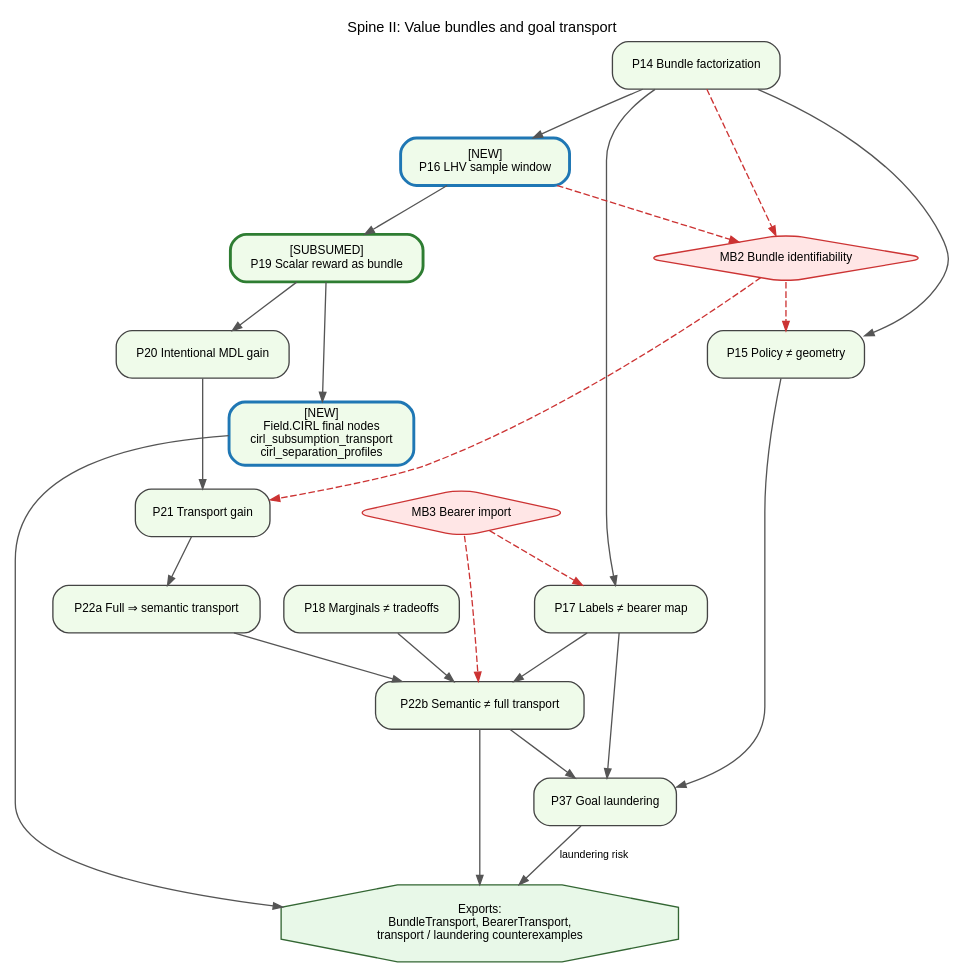
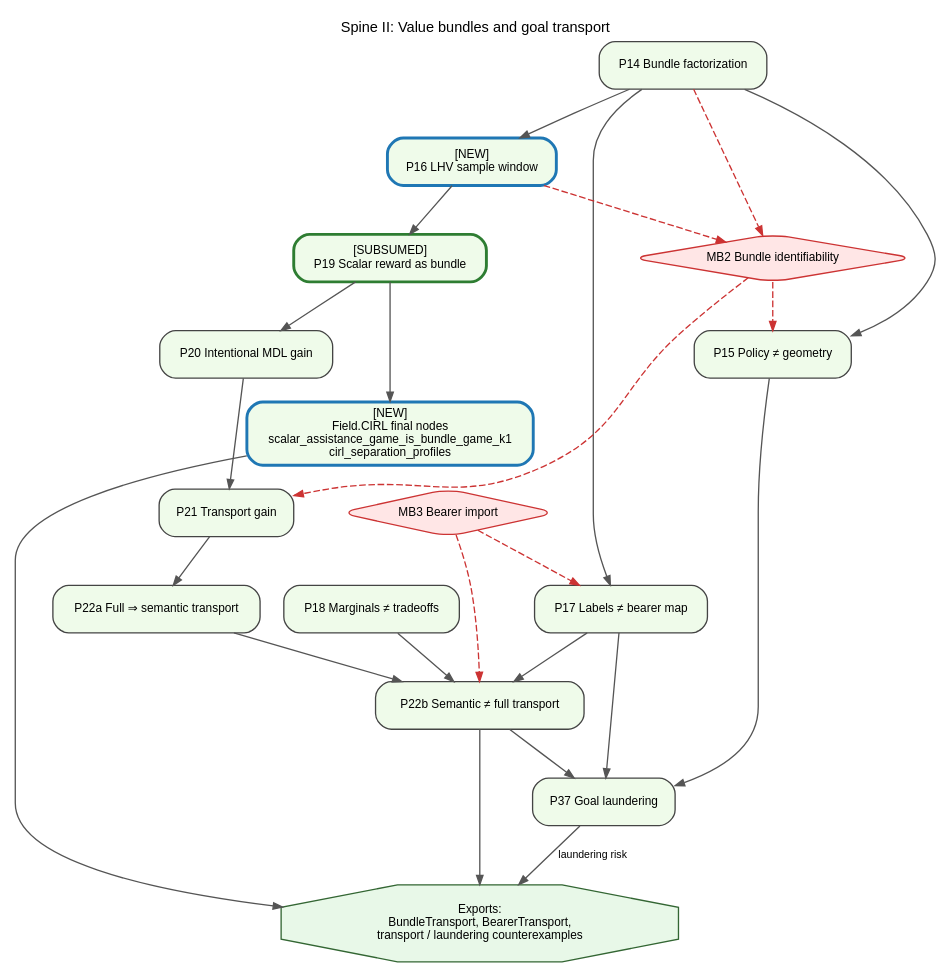
Before and after one commit to GunnarZarncke/towards-asi-alignment: the diagram in context/lean_proof_graphs/02-value-transport.dot, drawn with Graphviz. The commit also changed 29 other files, not shown here.

```diff
--- a/context/lean_proof_graphs/02-value-transport.dot
+++ b/context/lean_proof_graphs/02-value-transport.dot
@@ -1,55 +1,55 @@
 digraph Spine02ValueTransport {
   graph [
     rankdir=TB,
     bgcolor="white",
     splines=true,
     overlap=false,
     fontsize=11,
     fontname="Helvetica",
     label="Spine II: Value bundles and goal transport",
     labelloc="t"
   ];
   node [shape=box, style="rounded,filled", fontname="Helvetica", fontsize=9, color="#444444"];
   edge [fontname="Helvetica", fontsize=8, color="#555555", arrowsize=0.7];
 
   P14 [label="P14 Bundle factorization", fillcolor="#EFFBEA"];
   P15 [label="P15 Policy ≠ geometry", fillcolor="#EFFBEA"];
   P16 [label="[NEW]\nP16 LHV sample window", fillcolor="#EFFBEA", color="#1F77B4", penwidth=2.2];
   P17 [label="P17 Labels ≠ bearer map", fillcolor="#EFFBEA"];
   P18 [label="P18 Marginals ≠ tradeoffs", fillcolor="#EFFBEA"];
   P19 [label="[SUBSUMED]\nP19 Scalar reward as bundle", fillcolor="#EFFBEA", color="#2E7D32", penwidth=2.2];
-  FCIRL [label="[NEW]\nField.CIRL final nodes\ncirl_subsumption_transport\ncirl_separation_profiles", fillcolor="#EFFBEA", color="#1F77B4", penwidth=2.2];
+  FCIRL [label="[NEW]\nField.CIRL final nodes\nscalar_assistance_game_is_bundle_game_k1\ncirl_separation_profiles", fillcolor="#EFFBEA", color="#1F77B4", penwidth=2.2];
   P20 [label="P20 Intentional MDL gain", fillcolor="#EFFBEA"];
   P21 [label="P21 Transport gain", fillcolor="#EFFBEA"];
   P22a [label="P22a Full ⇒ semantic transport", fillcolor="#EFFBEA"];
   P22b [label="P22b Semantic ≠ full transport", fillcolor="#EFFBEA"];
   P37 [label="P37 Goal laundering", fillcolor="#EFFBEA"];
 
   MB2 [shape=diamond, fillcolor="#FFE6E6", color="#CC3333", label="MB2 Bundle identifiability"];
   MB3 [shape=diamond, fillcolor="#FFE6E6", color="#CC3333", label="MB3 Bearer import"];
 
   OUT [shape=octagon, style="filled", fillcolor="#E8F8E8", color="#336633",
        label="Exports:\nBundleTransport, BearerTransport,\ntransport / laundering counterexamples"];
 
   P14 -> P15;
   P14 -> P16;
   P14 -> P17;
   P16 -> P19 -> P20 -> P21 -> P22a -> P22b;
   P19 -> FCIRL;
   P17 -> P22b;
   P18 -> P22b;
   P15 -> P37;
   P17 -> P37;
   P22b -> P37;
 
   P14 -> MB2 [style=dashed, color="#CC3333"];
   P16 -> MB2 [style=dashed, color="#CC3333"];
   MB2 -> P15 [style=dashed, color="#CC3333"];
   MB2 -> P21 [style=dashed, color="#CC3333"];
   MB3 -> P17 [style=dashed, color="#CC3333"];
   MB3 -> P22b [style=dashed, color="#CC3333"];
 
   P22b -> OUT;
   FCIRL -> OUT;
   P37 -> OUT [label="laundering risk"];
 }
```
